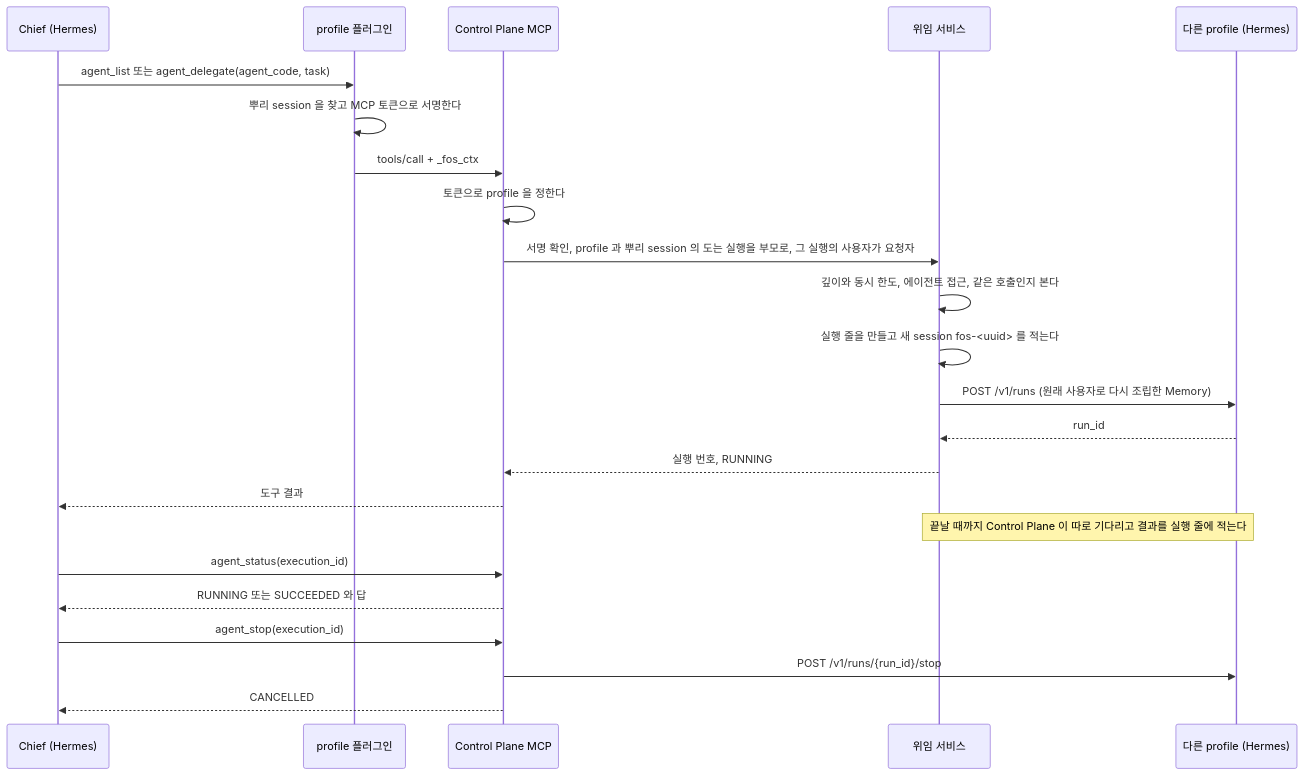
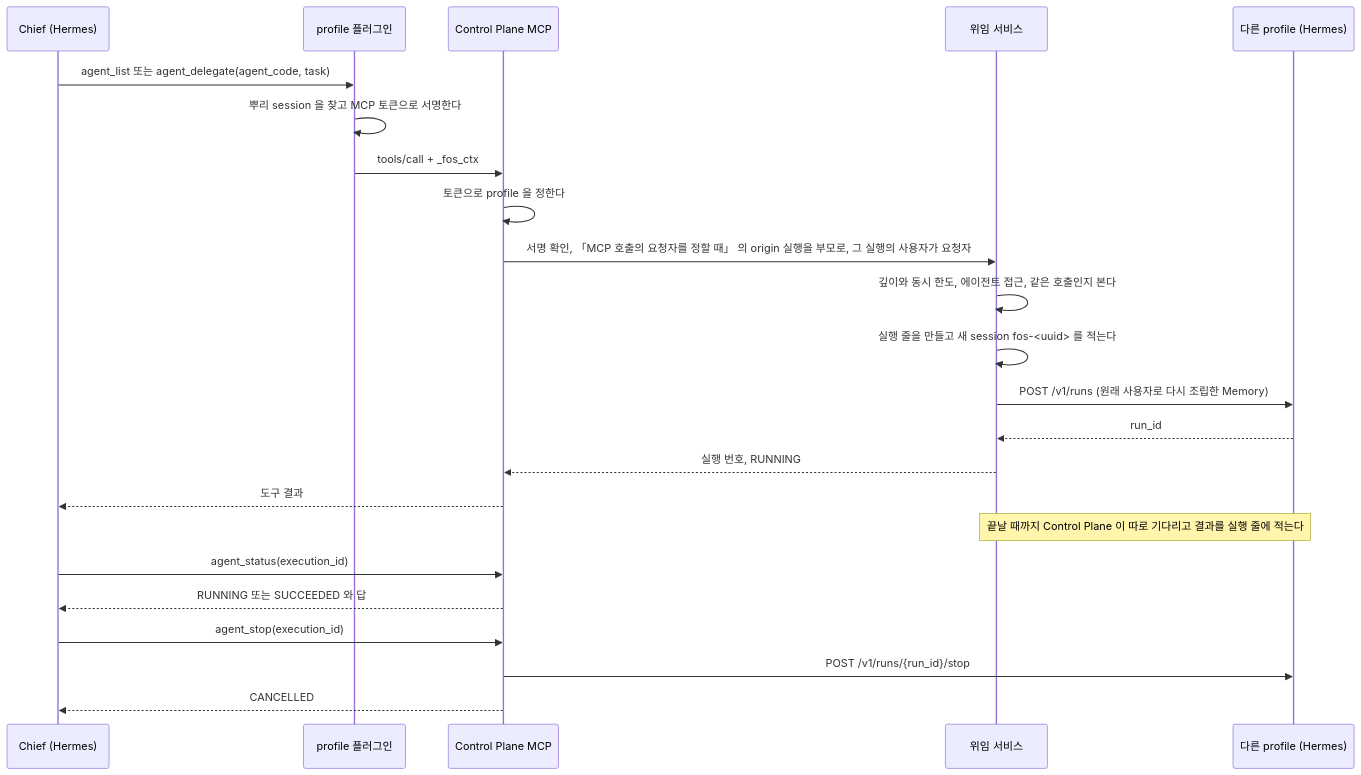
One commit to jon890/fos-assistant changed diagram 18 of 22 in docs/flow.md. Above: the diagram before and after it, drawn with Mermaid. The commit also changed other lines of this file and 7 other files, not shown here.

````diff
--- a/docs/flow.md
+++ b/docs/flow.md
@@ -1067,26 +1130,26 @@
 ```mermaid
 sequenceDiagram
     participant C as Chief (Hermes)
     participant P as profile 플러그인
     participant M as Control Plane MCP
     participant D as 위임 서비스
     participant H as 다른 profile (Hermes)
 
     C->>P: agent_list 또는 agent_delegate(agent_code, task)
     P->>P: 뿌리 session 을 찾고 MCP 토큰으로 서명한다
     P->>M: tools/call + _fos_ctx
     M->>M: 토큰으로 profile 을 정한다
-    M->>D: 서명 확인, profile 과 뿌리 session 의 도는 실행을 부모로, 그 실행의 사용자가 요청자
+    M->>D: 서명 확인, 「MCP 호출의 요청자를 정할 때」 의 origin 실행을 부모로, 그 실행의 사용자가 요청자
     D->>D: 깊이와 동시 한도, 에이전트 접근, 같은 호출인지 본다
     D->>D: 실행 줄을 만들고 새 session fos-<uuid> 를 적는다
     D->>H: POST /v1/runs (원래 사용자로 다시 조립한 Memory)
     H-->>D: run_id
     D-->>M: 실행 번호, RUNNING
     M-->>C: 도구 결과
     Note over D,H: 끝날 때까지 Control Plane 이 따로 기다리고 결과를 실행 줄에 적는다
     C->>M: agent_status(execution_id)
     M-->>C: RUNNING 또는 SUCCEEDED 와 답
     C->>M: agent_stop(execution_id)
     M->>H: POST /v1/runs/{run_id}/stop
     M-->>C: CANCELLED
 ```
````
